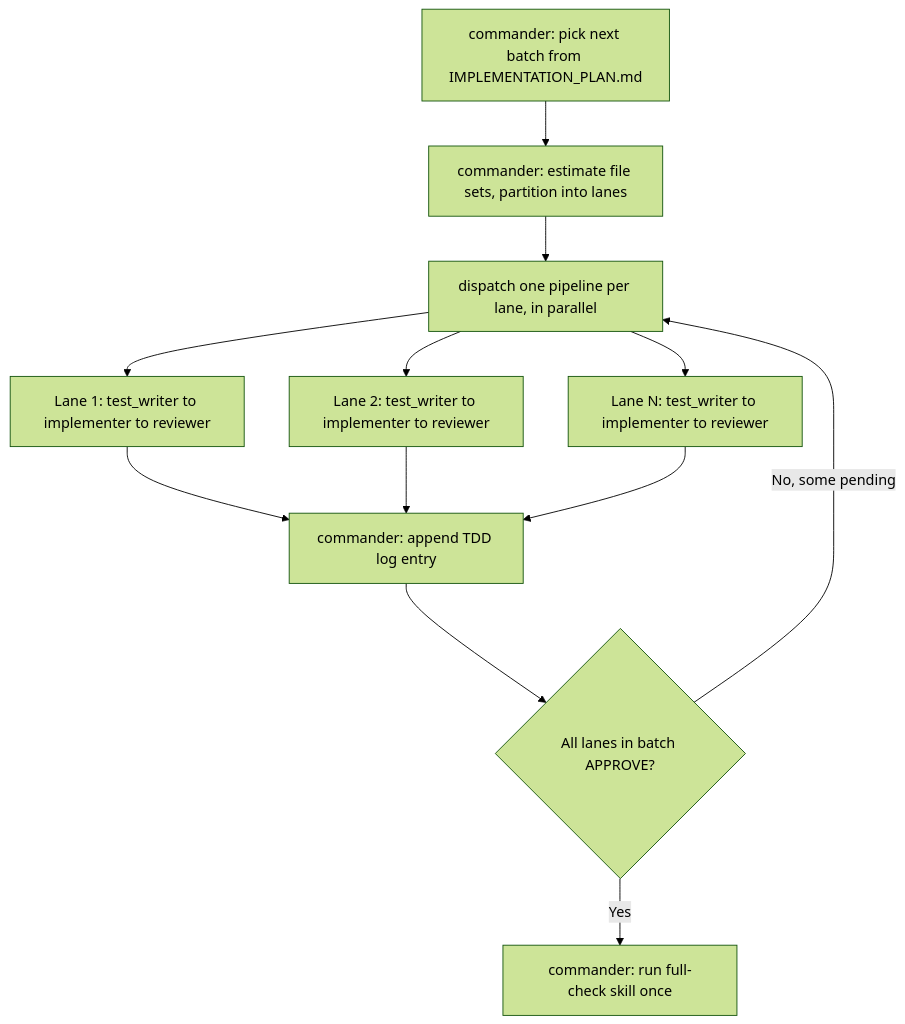
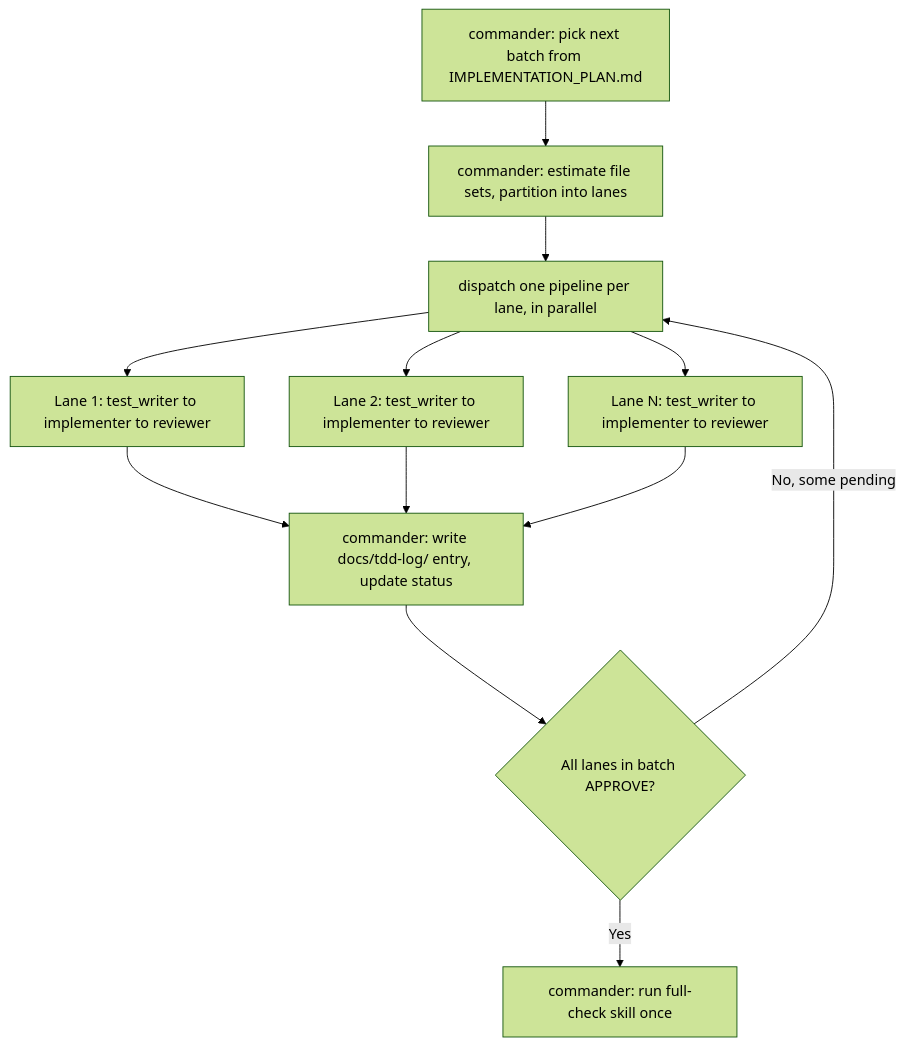
One commit to kangju/screenshot-joiner changed the first of 2 diagrams in docs/TDD_WORKFLOW.md. Above: the diagram before and after it, drawn with Mermaid (forest theme). The commit also changed other lines of this file and 7 other files, not shown here.

First line of the commit message:
docs/TDD_LOG.mdのマージコンフリクト対応: Current status分離・1エントリ1ファイル化・凍結 (#58)

````diff
--- a/docs/TDD_WORKFLOW.md
+++ b/docs/TDD_WORKFLOW.md
@@ -49,14 +59,14 @@
 ```mermaid
 flowchart TD
     A[commander: pick next batch from IMPLEMENTATION_PLAN.md] --> B[commander: estimate file sets, partition into lanes]
     B --> C[dispatch one pipeline per lane, in parallel]
     C --> D1[Lane 1: test_writer to implementer to reviewer]
     C --> D2[Lane 2: test_writer to implementer to reviewer]
     C --> D3[Lane N: test_writer to implementer to reviewer]
-    D1 --> E[commander: append TDD log entry]
+    D1 --> E[commander: write docs/tdd-log/ entry, update status]
     D2 --> E
     D3 --> E
     E --> F{All lanes in batch APPROVE?}
     F -- Yes --> G[commander: run full-check skill once]
     F -- No, some pending --> C
 ```
````
